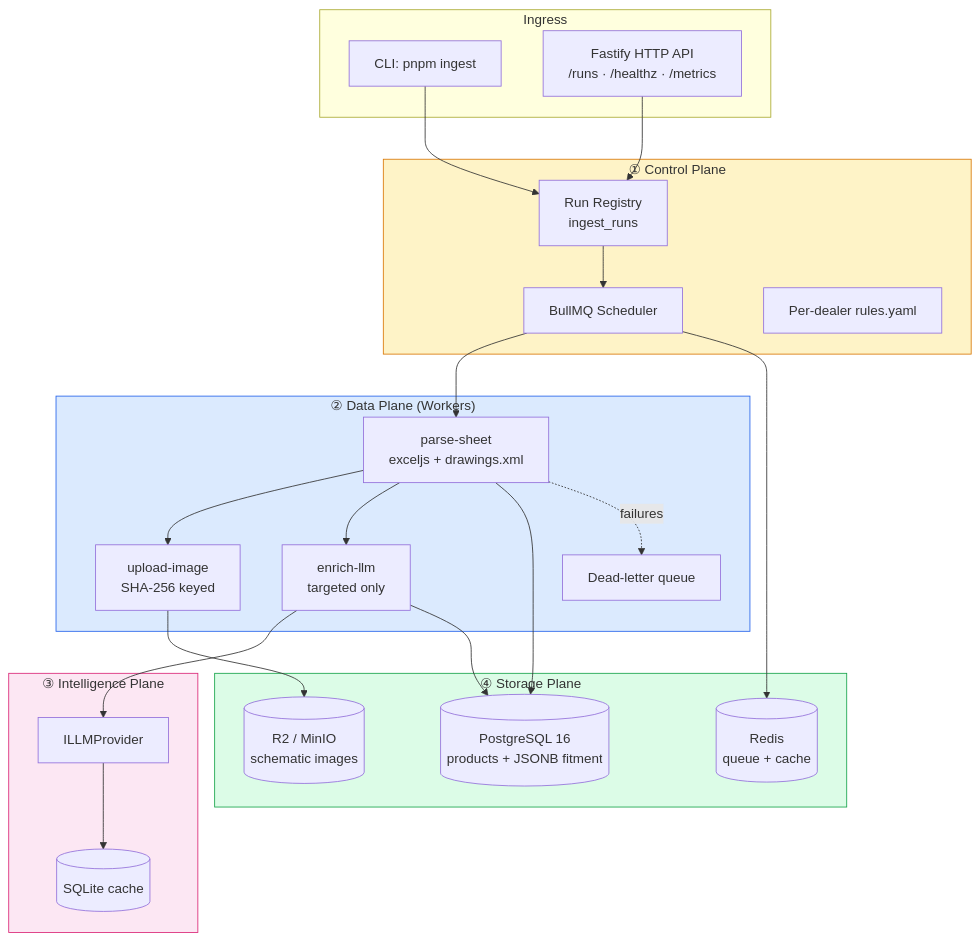
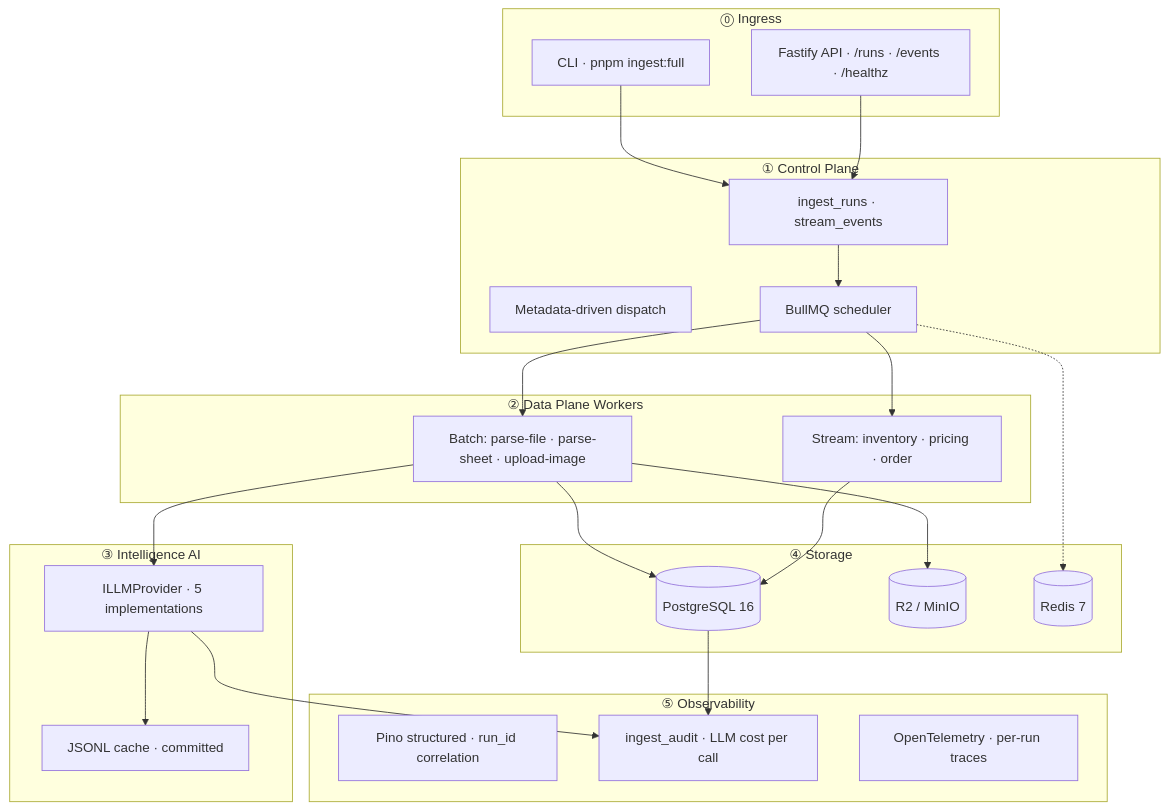
The second of 3 diagrams in README.md (ankinguyen-engineer-2002/inventoryflow-catalog-ingest), drawn with Mermaid before and after one commit. The commit also changed other lines of this file and 32 other files, not shown here.

````diff
--- a/README.md
+++ b/README.md
@@ -329,50 +179,49 @@
 ```mermaid
 flowchart TB
-    subgraph Ingress
-        CLI[CLI: pnpm ingest]
-        API[Fastify HTTP API<br/>/runs · /healthz · /metrics]
+    subgraph "⓪ Ingress"
+        CLI[CLI · pnpm ingest:full]
+        API[Fastify API · /runs · /events · /healthz]
     end
 
-    subgraph Control["① Control Plane"]
-        REG[Run Registry<br/>ingest_runs]
-        SCHED[BullMQ Scheduler]
-        CONF[Per-dealer rules.yaml]
+    subgraph "① Control Plane"
+        REG[ingest_runs · stream_events]
+        MDCP[Metadata-driven dispatch]
+        QUE[BullMQ scheduler]
     end
 
-    subgraph Data["② Data Plane (Workers)"]
-        PARSE[parse-sheet<br/>exceljs + drawings.xml]
-        UPLOAD[upload-image<br/>SHA-256 keyed]
-        ENRICH[enrich-llm<br/>targeted only]
-        DLQ[Dead-letter queue]
+    subgraph "② Data Plane Workers"
+        BATCH[Batch: parse-file · parse-sheet · upload-image]
+        STREAM[Stream: inventory · pricing · order]
     end
 
-    subgraph AI["③ Intelligence Plane"]
-        IFACE[ILLMProvider]
-        CACHE[(SQLite cache)]
-        IFACE --> CACHE
+    subgraph "③ Intelligence AI"
+        PROV[ILLMProvider · 5 implementations]
+        CACHE[JSONL cache · committed]
     end
 
-    subgraph Storage["④ Storage Plane"]
-        PG[(PostgreSQL 16<br/>products + JSONB fitment)]
-        R2[(R2 / MinIO<br/>schematic images)]
-        REDIS[(Redis<br/>queue + cache)]
+    subgraph "④ Storage"
+        PG[(PostgreSQL 16)]
+        R2[(R2 / MinIO)]
+        RDS[(Redis 7)]
+    end
+
+    subgraph "⑤ Observability"
+        LOGS[Pino structured · run_id correlation]
+        AUDIT[ingest_audit · LLM cost per call]
+        TRACE[OpenTelemetry · per-run traces]
     end
 
     CLI --> REG
     API --> REG
-    REG --> SCHED
-    SCHED --> PARSE
-    PARSE --> UPLOAD
-    PARSE --> ENRICH
-    ENRICH --> IFACE
-    UPLOAD --> R2
-    PARSE --> PG
-    ENRICH --> PG
-    SCHED --> REDIS
-    PARSE -.failures.-> DLQ
-
-    style Control fill:#fef3c7,stroke:#d97706
-    style Data fill:#dbeafe,stroke:#2563eb
-    style AI fill:#fce7f3,stroke:#db2777
-    style Storage fill:#dcfce7,stroke:#16a34a
+    REG --> QUE
+    QUE --> BATCH
+    QUE --> STREAM
+    BATCH --> PROV
+    PROV --> CACHE
+    BATCH --> PG
+    BATCH --> R2
+    STREAM --> PG
+    QUE -.-> RDS
+    PG --> AUDIT
+    PROV --> AUDIT
 ```
````
